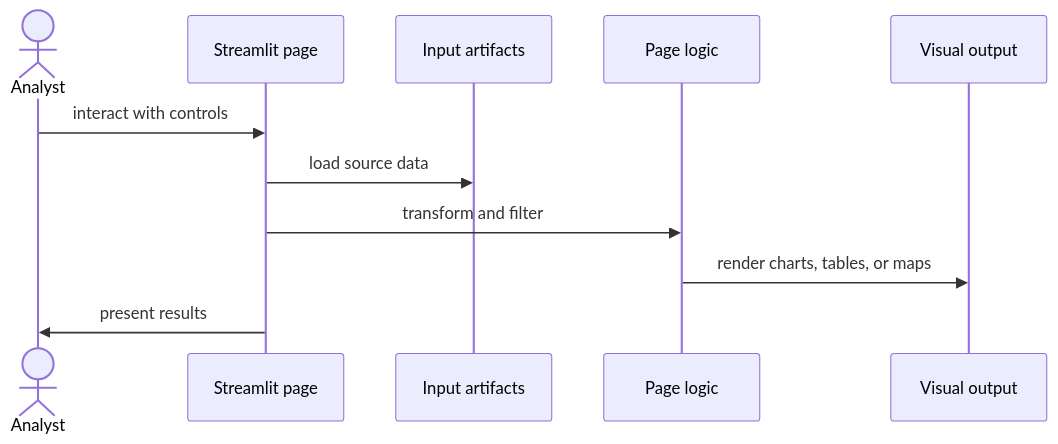
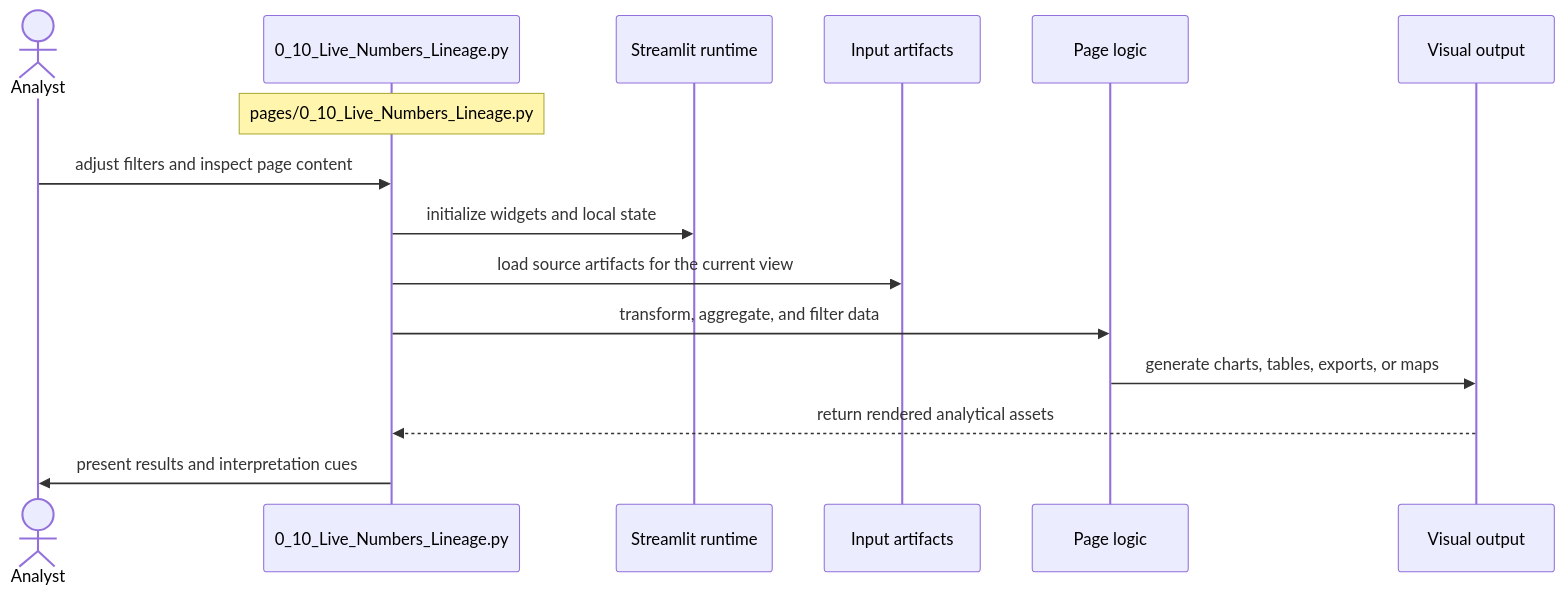
Before and after one commit to darisdzakwanhoesien2/benchmarks: the diagram in new_page/documentation/streamlit_pages/mermaid_sequence_diagram/0_10_Live_Numbers_Lineage.md, drawn with Mermaid. The commit also changed other lines of this file and 49 other files, not shown here.

Commit message:
Adding Documentation with Mermaid Sequence Diagram

````diff
--- a/new_page/documentation/streamlit_pages/mermaid_sequence_diagram/0_10_Live_Numbers_Lineage.md
+++ b/new_page/documentation/streamlit_pages/mermaid_sequence_diagram/0_10_Live_Numbers_Lineage.md
@@ -7,13 +15,17 @@
 ```mermaid
 sequenceDiagram
     actor User as Analyst
-    participant page as Streamlit page
+    participant page as 0_10_Live_Numbers_Lineage.py
+    participant runtime as Streamlit runtime
     participant data as Input artifacts
     participant compute as Page logic
     participant output as Visual output
-    User->>page: interact with controls
-    page->>data: load source data
-    page->>compute: transform and filter
-    compute->>output: render charts, tables, or maps
-    page->>User: present results
+    Note over page: pages/0_10_Live_Numbers_Lineage.py
+    User->>page: adjust filters and inspect page content
+    page->>runtime: initialize widgets and local state
+    page->>data: load source artifacts for the current view
+    page->>compute: transform, aggregate, and filter data
+    compute->>output: generate charts, tables, exports, or maps
+    output-->>page: return rendered analytical assets
+    page->>User: present results and interpretation cues
 ```
````
